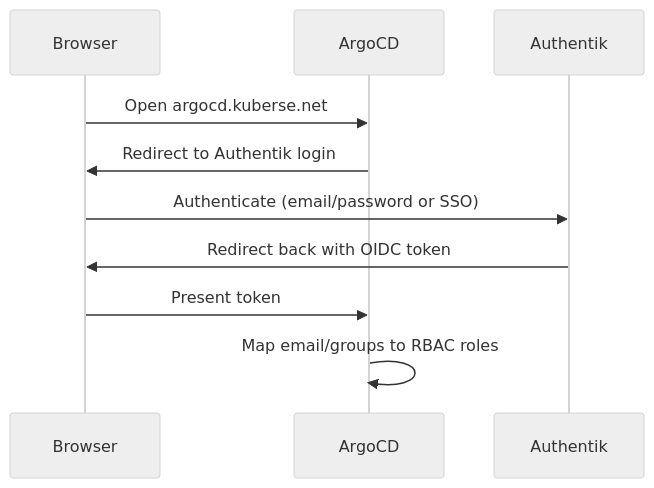
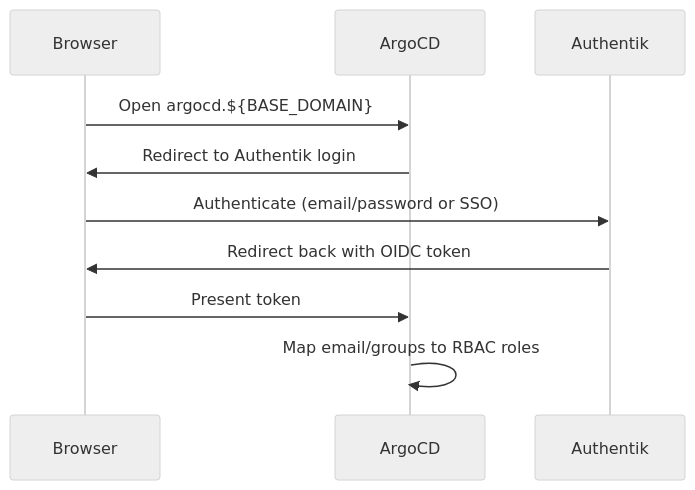
The diagram in platform/argocd-config/docs/index.md (MarioAPGS/kuberse), drawn with Mermaid (neutral theme) before and after one commit. The commit also changed other lines of this file and 15 other files, not shown here.

````diff
--- a/platform/argocd-config/docs/index.md
+++ b/platform/argocd-config/docs/index.md
@@ -25,13 +25,13 @@
 ```mermaid
 sequenceDiagram
     participant User as Browser
     participant Argo as ArgoCD
     participant Auth as Authentik
 
-    User->>Argo: Open argocd.kuberse.net
+    User->>Argo: Open argocd.${BASE_DOMAIN}
     Argo->>User: Redirect to Authentik login
     User->>Auth: Authenticate (email/password or SSO)
     Auth->>User: Redirect back with OIDC token
     User->>Argo: Present token
     Argo->>Argo: Map email/groups to RBAC roles
 ```
````
